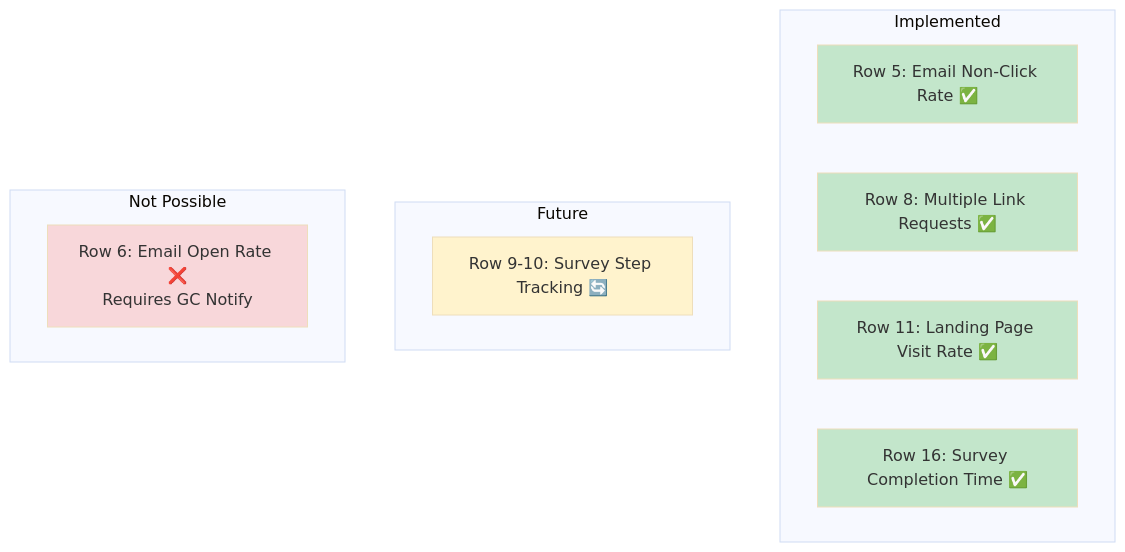
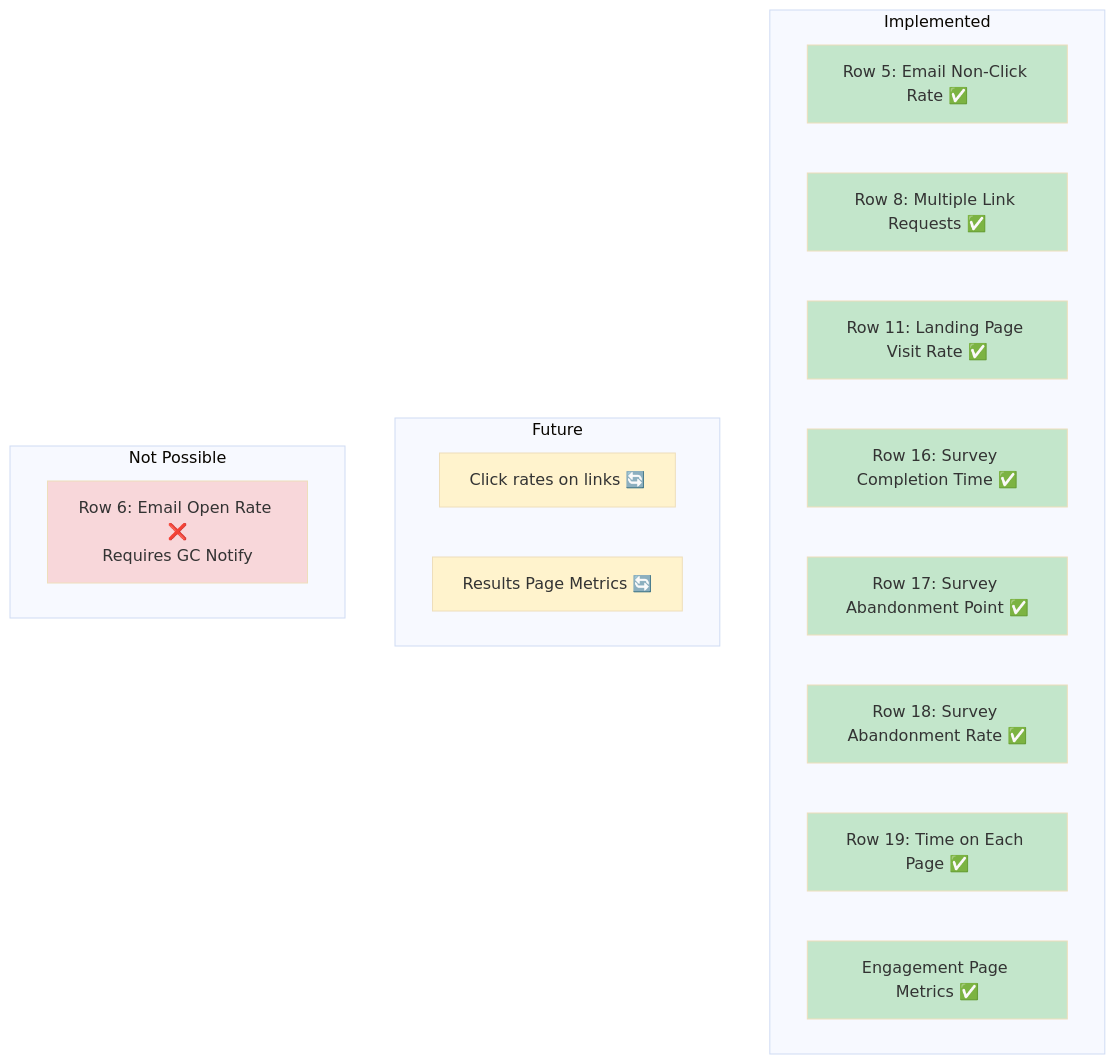
One commit to bcgov/epic-engage changed the first of 8 diagrams in docs/Penguin_Analytics_Events.md. Above: the diagram before and after it, drawn with Mermaid. The commit also changed other lines of this file, not shown here.

````diff
--- a/docs/Penguin_Analytics_Events.md
+++ b/docs/Penguin_Analytics_Events.md
@@ -9,25 +9,35 @@
 ```mermaid
 %%{init: {'theme':'base'}}%%
 graph TD
     subgraph Implemented
         R5[Row 5: Email Non-Click Rate ✅]
         R8[Row 8: Multiple Link Requests ✅]
         R11[Row 11: Landing Page Visit Rate ✅]
         R16[Row 16: Survey Completion Time ✅]
+        R17[Row 17: Survey Abandonment Point ✅]
+        R18[Row 18: Survey Abandonment Rate ✅]
+        R19[Row 19: Time on Each Page ✅]
+        R30[Engagement Page Metrics ✅]
     end
     
     subgraph Future[Future]
-        R9[Row 9-10: Survey Step Tracking 🔄]
+        R20[Click rates on links 🔄]
+        R31[Results Page Metrics 🔄]
     end
     
     subgraph Not_Possible[Not Possible]
         R6[Row 6: Email Open Rate ❌<br/>Requires GC Notify]
     end
     
     style R5 fill:#c3e6cb
     style R8 fill:#c3e6cb
     style R11 fill:#c3e6cb
     style R16 fill:#c3e6cb
-    style R9 fill:#fff3cd
+    style R17 fill:#c3e6cb
+    style R18 fill:#c3e6cb
+    style R19 fill:#c3e6cb
+    style R30 fill:#c3e6cb
+    style R20 fill:#fff3cd
+    style R31 fill:#fff3cd
     style R6 fill:#f8d7da
 ```
````
